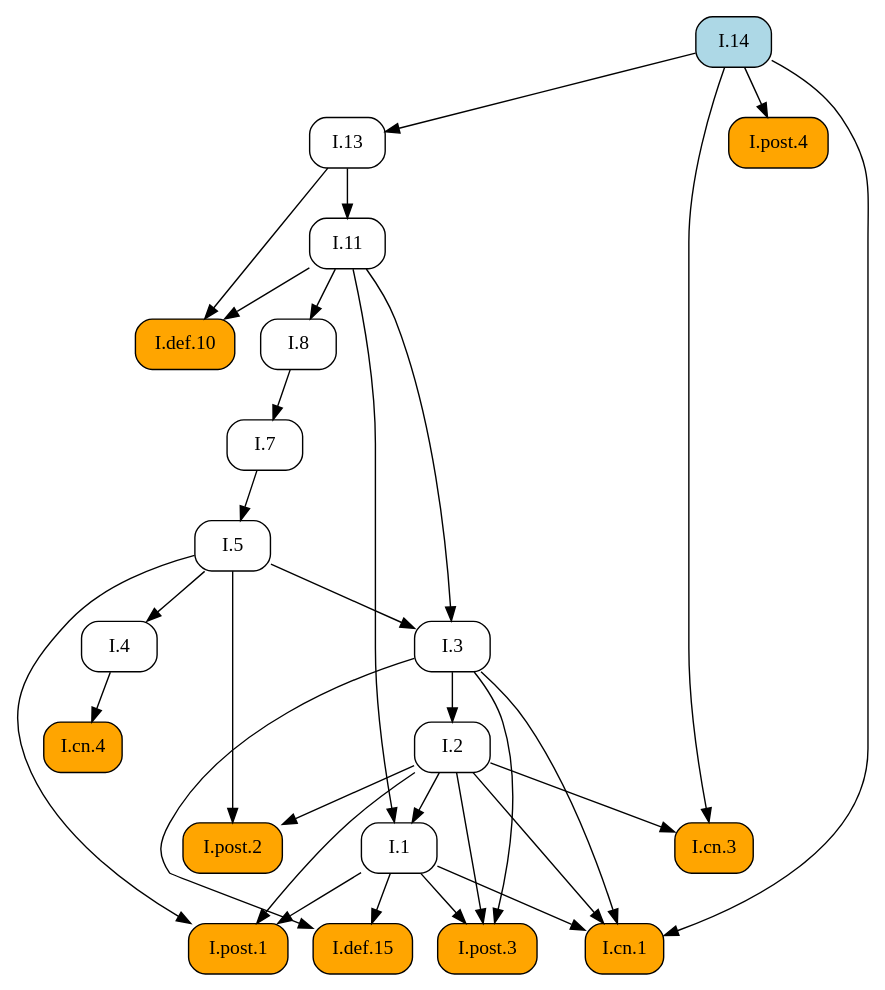
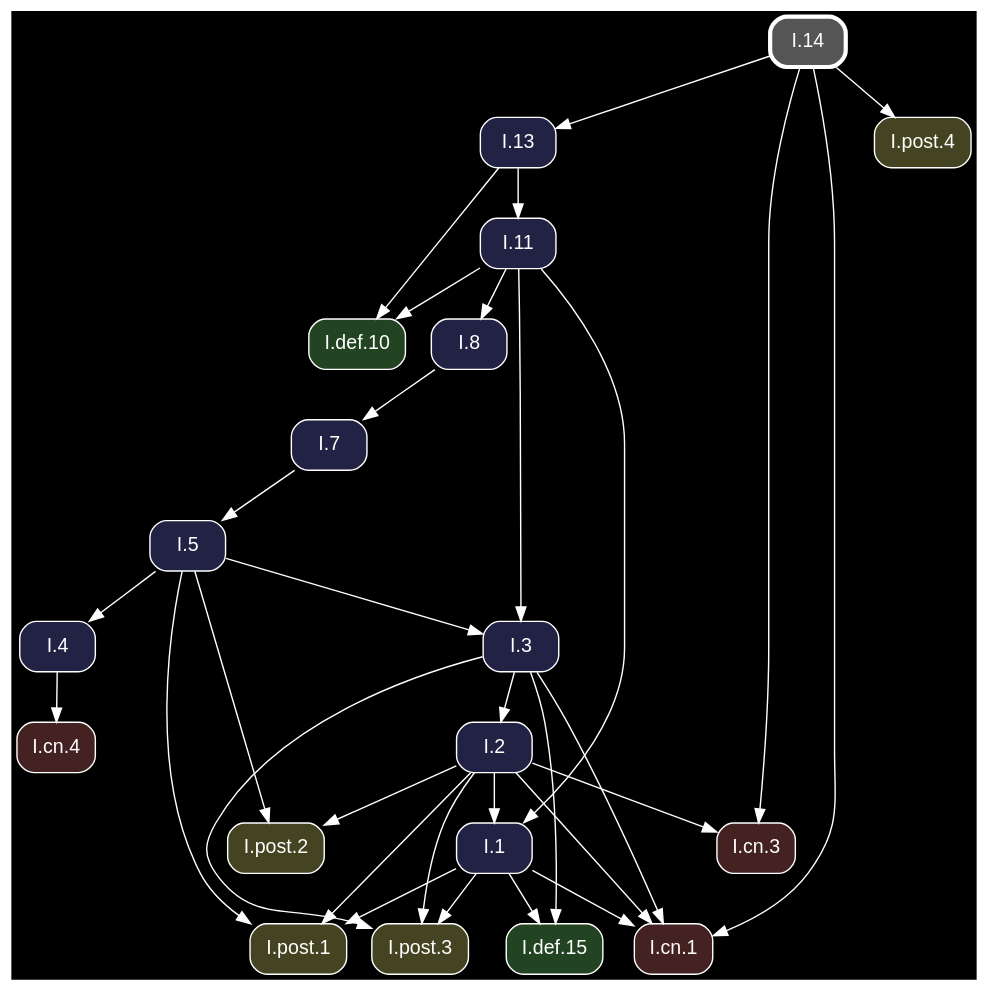
One commit to geometor/elements changed the diagram in docsrc/heath/I/14/index.rst. Above: the diagram before and after it, drawn with Graphviz. The commit also changed other lines of this file and 1200 other files, not shown here.

Commit message:
update dependency graphs

```diff
--- a/docsrc/heath/I/14/index.rst
+++ b/docsrc/heath/I/14/index.rst
@@ -82,56 +82,58 @@
 .. graphviz::
 
    digraph {
+     bgcolor="black";
+     node [shape=box, style="rounded,filled", fontname="Helvetica", color="white", fontcolor="white"];
+     edge [color="white", fontcolor="white"];
      rankdir="TB";
-     node [shape=box, style=rounded];
-     "I.cn.1" [style="rounded,filled", fillcolor=orange, URL="/heath/I/cn.1/", target="_top"];
-     "I.7" [URL="/heath/I/7/", target="_top"];
-     "I.2" [URL="/heath/I/2/", target="_top"];
-     "I.def.15" [style="rounded,filled", fillcolor=orange, URL="/heath/I/def.15/", target="_top"];
-     "I.13" [URL="/heath/I/13/", target="_top"];
-     "I.post.4" [style="rounded,filled", fillcolor=orange, URL="/heath/I/post.4/", target="_top"];
-     "I.4" [URL="/heath/I/4/", target="_top"];
-     "I.1" [URL="/heath/I/1/", target="_top"];
-     "I.post.3" [style="rounded,filled", fillcolor=orange, URL="/heath/I/post.3/", target="_top"];
-     "I.post.1" [style="rounded,filled", fillcolor=orange, URL="/heath/I/post.1/", target="_top"];
-     "I.8" [URL="/heath/I/8/", target="_top"];
-     "I.5" [URL="/heath/I/5/", target="_top"];
-     "I.cn.3" [style="rounded,filled", fillcolor=orange, URL="/heath/I/cn.3/", target="_top"];
-     "I.def.10" [style="rounded,filled", fillcolor=orange, URL="/heath/I/def.10/", target="_top"];
-     "I.11" [URL="/heath/I/11/", target="_top"];
-     "I.cn.4" [style="rounded,filled", fillcolor=orange, URL="/heath/I/cn.4/", target="_top"];
-     "I.14" [style="rounded,filled", fillcolor=lightblue, URL="/heath/I/14/", target="_top"];
-     "I.post.2" [style="rounded,filled", fillcolor=orange, URL="/heath/I/post.2/", target="_top"];
-     "I.3" [URL="/heath/I/3/", target="_top"];
+     "I.3" [fillcolor="#222244", URL="/heath/I/3/", target="_top"];
+     "I.post.1" [fillcolor="#444422", URL="/heath/I/post.1/", target="_top"];
+     "I.cn.1" [fillcolor="#442222", URL="/heath/I/cn.1/", target="_top"];
+     "I.def.10" [fillcolor="#224422", URL="/heath/I/def.10/", target="_top"];
+     "I.11" [fillcolor="#222244", URL="/heath/I/11/", target="_top"];
+     "I.cn.3" [fillcolor="#442222", URL="/heath/I/cn.3/", target="_top"];
+     "I.13" [fillcolor="#222244", URL="/heath/I/13/", target="_top"];
+     "I.post.2" [fillcolor="#444422", URL="/heath/I/post.2/", target="_top"];
+     "I.2" [fillcolor="#222244", URL="/heath/I/2/", target="_top"];
+     "I.cn.4" [fillcolor="#442222", URL="/heath/I/cn.4/", target="_top"];
+     "I.14" [penwidth=3, color="white", fillcolor="#555555", URL="/heath/I/14/", target="_top"];
+     "I.1" [fillcolor="#222244", URL="/heath/I/1/", target="_top"];
+     "I.post.4" [fillcolor="#444422", URL="/heath/I/post.4/", target="_top"];
+     "I.8" [fillcolor="#222244", URL="/heath/I/8/", target="_top"];
+     "I.post.3" [fillcolor="#444422", URL="/heath/I/post.3/", target="_top"];
+     "I.4" [fillcolor="#222244", URL="/heath/I/4/", target="_top"];
+     "I.7" [fillcolor="#222244", URL="/heath/I/7/", target="_top"];
+     "I.def.15" [fillcolor="#224422", URL="/heath/I/def.15/", target="_top"];
+     "I.5" [fillcolor="#222244", URL="/heath/I/5/", target="_top"];
+     "I.5" -> "I.3";
+     "I.11" -> "I.3";
+     "I.1" -> "I.post.1";
+     "I.2" -> "I.post.1";
+     "I.5" -> "I.post.1";
      "I.1" -> "I.cn.1";
      "I.2" -> "I.cn.1";
      "I.3" -> "I.cn.1";
      "I.14" -> "I.cn.1";
-     "I.8" -> "I.7";
+     "I.11" -> "I.def.10";
+     "I.13" -> "I.def.10";
+     "I.13" -> "I.11";
+     "I.2" -> "I.cn.3";
+     "I.14" -> "I.cn.3";
+     "I.14" -> "I.13";
+     "I.2" -> "I.post.2";
+     "I.5" -> "I.post.2";
      "I.3" -> "I.2";
-     "I.1" -> "I.def.15";
-     "I.3" -> "I.def.15";
-     "I.14" -> "I.13";
-     "I.14" -> "I.post.4";
-     "I.5" -> "I.4";
+     "I.4" -> "I.cn.4";
      "I.2" -> "I.1";
      "I.11" -> "I.1";
+     "I.14" -> "I.post.4";
+     "I.11" -> "I.8";
      "I.1" -> "I.post.3";
      "I.2" -> "I.post.3";
      "I.3" -> "I.post.3";
-     "I.1" -> "I.post.1";
-     "I.2" -> "I.post.1";
-     "I.5" -> "I.post.1";
-     "I.11" -> "I.8";
+     "I.5" -> "I.4";
+     "I.8" -> "I.7";
+     "I.1" -> "I.def.15";
+     "I.3" -> "I.def.15";
      "I.7" -> "I.5";
-     "I.2" -> "I.cn.3";
-     "I.14" -> "I.cn.3";
-     "I.11" -> "I.def.10";
-     "I.13" -> "I.def.10";
-     "I.13" -> "I.11";
-     "I.4" -> "I.cn.4";
-     "I.2" -> "I.post.2";
-     "I.5" -> "I.post.2";
-     "I.5" -> "I.3";
-     "I.11" -> "I.3";
    }
```
